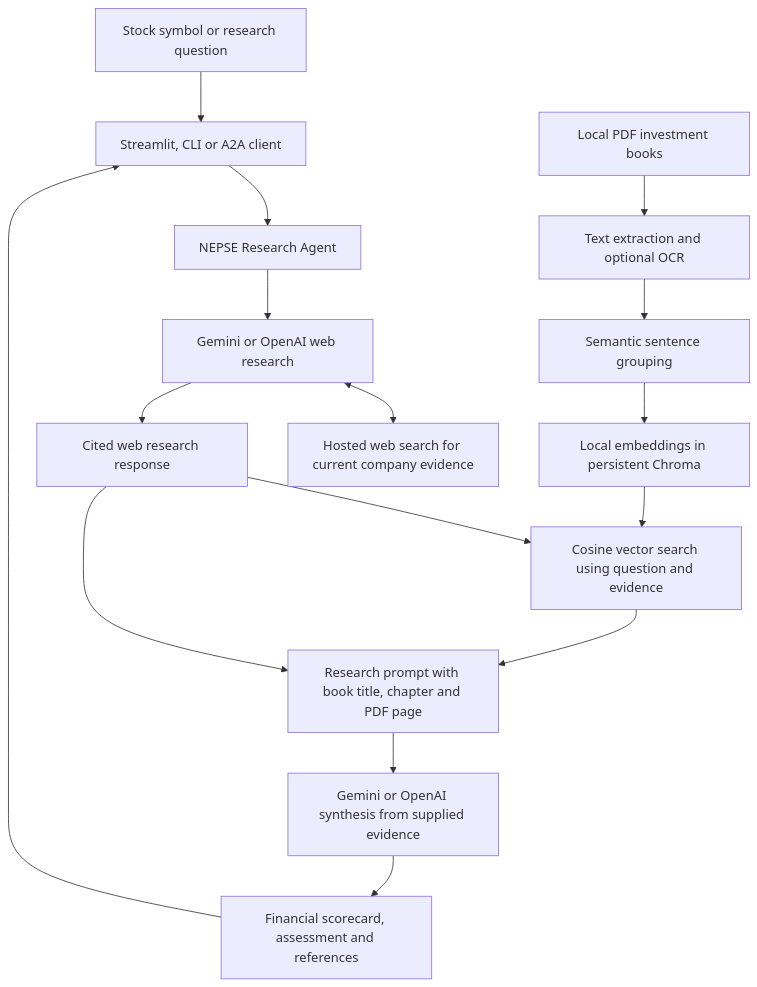
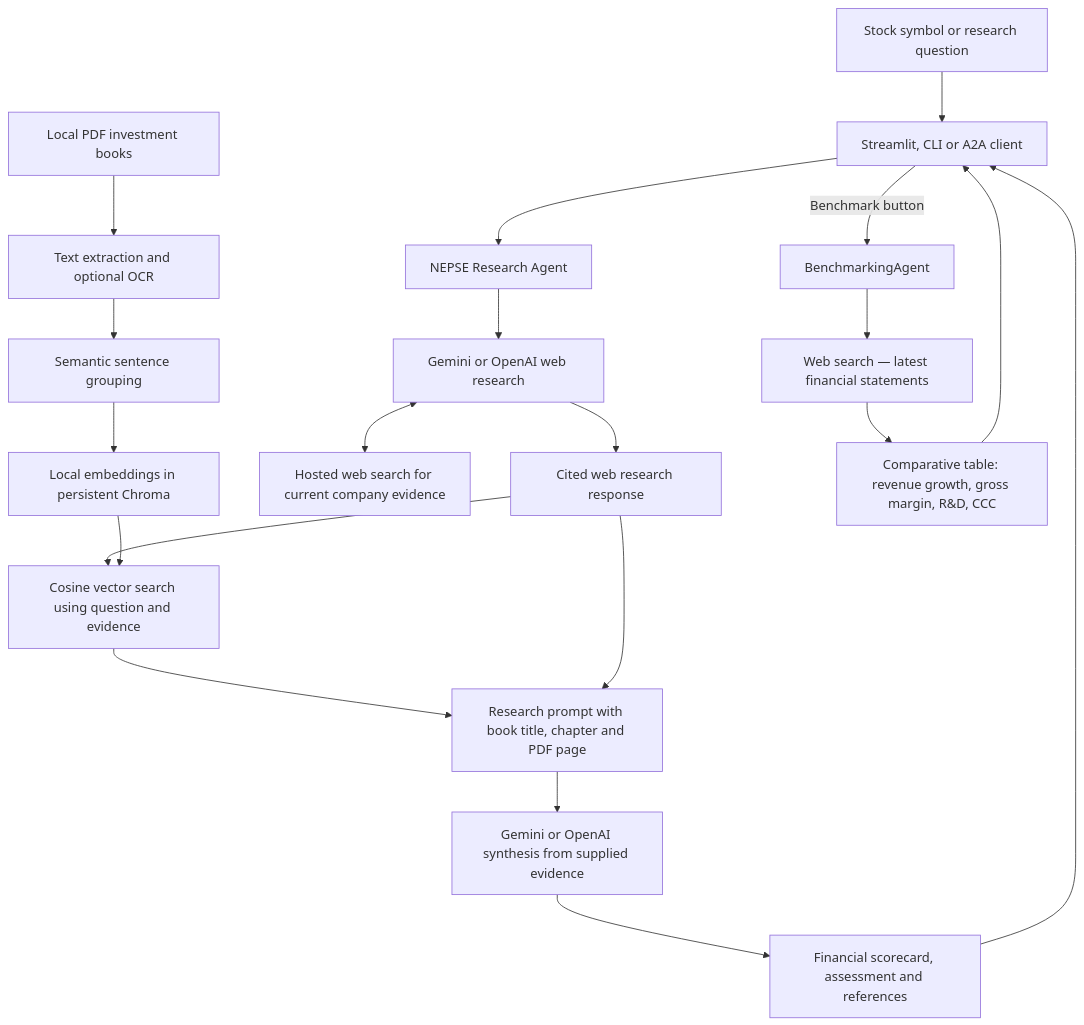
One commit to Dhakal29/stocks-research-agent changed the diagram in README.md. Above: the diagram before and after it, drawn with Mermaid. The commit also changed other lines of this file, not shown here.

Commit message:
docs: update README with financial benchmarking feature

````diff
--- a/README.md
+++ b/README.md
@@ -19,18 +20,23 @@
 ```mermaid
 flowchart TD
     User[Stock symbol or research question] --> Interface[Streamlit, CLI or A2A client]
     Interface --> Agent[NEPSE Research Agent]
     Books[Local PDF investment books] --> Extract[Text extraction and optional OCR]
     Extract --> Chunk[Semantic sentence grouping]
     Chunk --> Index[Local embeddings in persistent Chroma]
     Agent --> Web[Gemini or OpenAI web research]
     Web <--> Search[Hosted web search for current company evidence]
     Web --> Evidence[Cited web research response]
     Evidence --> Retrieve[Cosine vector search using question and evidence]
     Index --> Retrieve
     Retrieve --> Prompt[Research prompt with book title, chapter and PDF page]
     Evidence --> Prompt
     Prompt --> Model[Gemini or OpenAI synthesis from supplied evidence]
     Model --> Report[Financial scorecard, assessment and references]
     Report --> Interface
+
+    Interface -->|Benchmark button| BM[BenchmarkingAgent]
+    BM --> BMSearch[Web search — latest financial statements]
+    BMSearch --> BMTable[Comparative table: revenue growth, gross margin, R&D, CCC]
+    BMTable --> Interface
 ```
````
